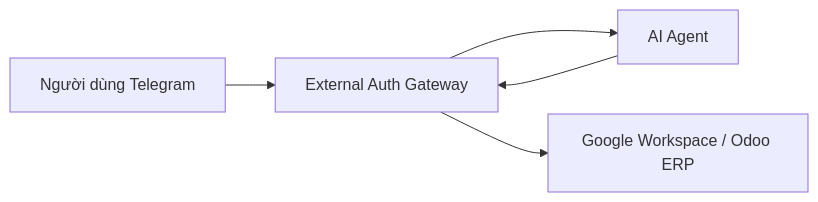
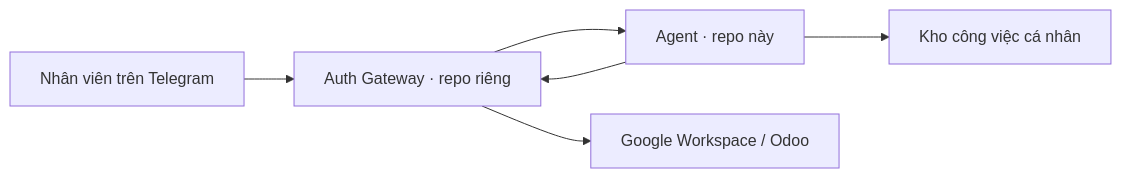
Before and after one commit to giangpt-oss/AI-Agent-Odoo: the diagram in README.md, drawn with Mermaid. The commit also changed other lines of this file and 3 other files, not shown here.

````diff
--- a/README.md
+++ b/README.md
@@ -35,7 +28,8 @@
 ```mermaid
 flowchart LR
-    Telegram[Người dùng Telegram] --> Gateway[External Auth Gateway]
-    Gateway --> Agent[AI Agent]
-    Agent --> Gateway
-    Gateway --> External[Google Workspace / Odoo ERP]
+    U["Nhân viên trên Telegram"] --> G["Auth Gateway · repo riêng"]
+    G --> A["Agent · repo này"]
+    A --> G
+    G --> E["Google Workspace / Odoo"]
+    A --> T["Kho công việc cá nhân"]
 ```
````
